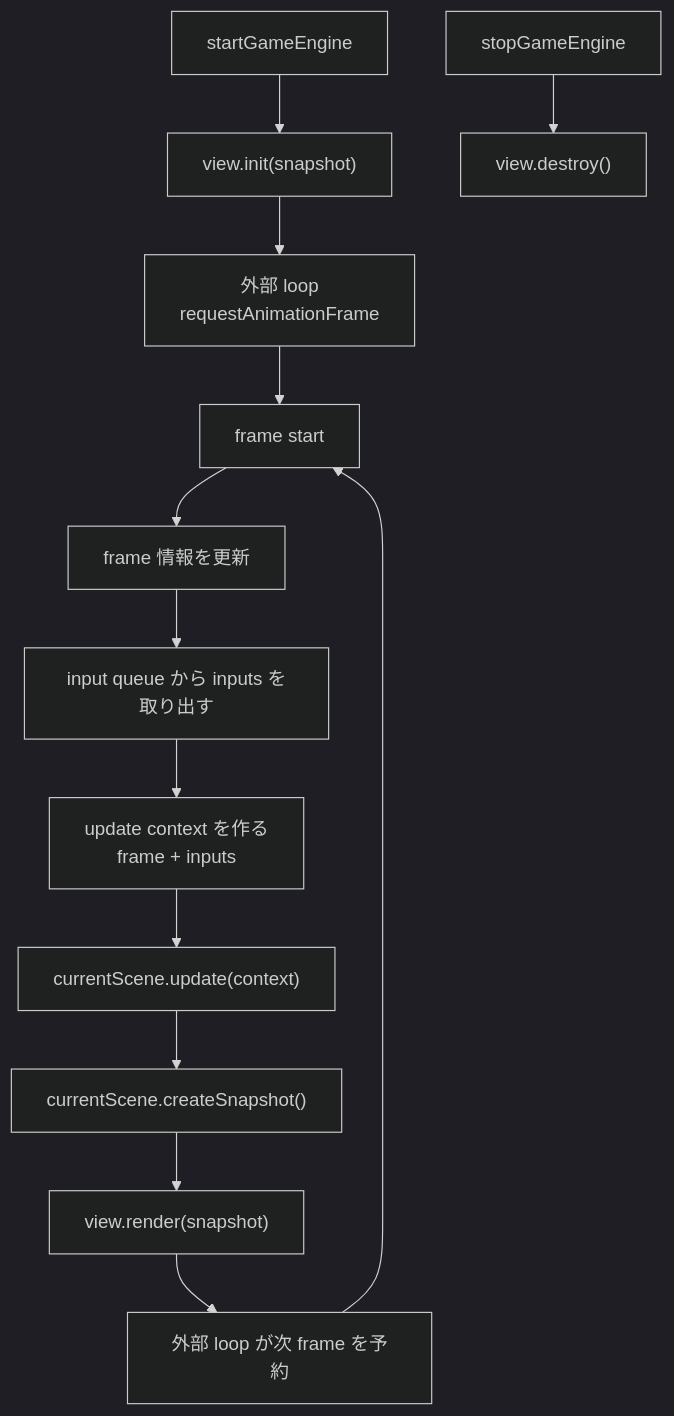
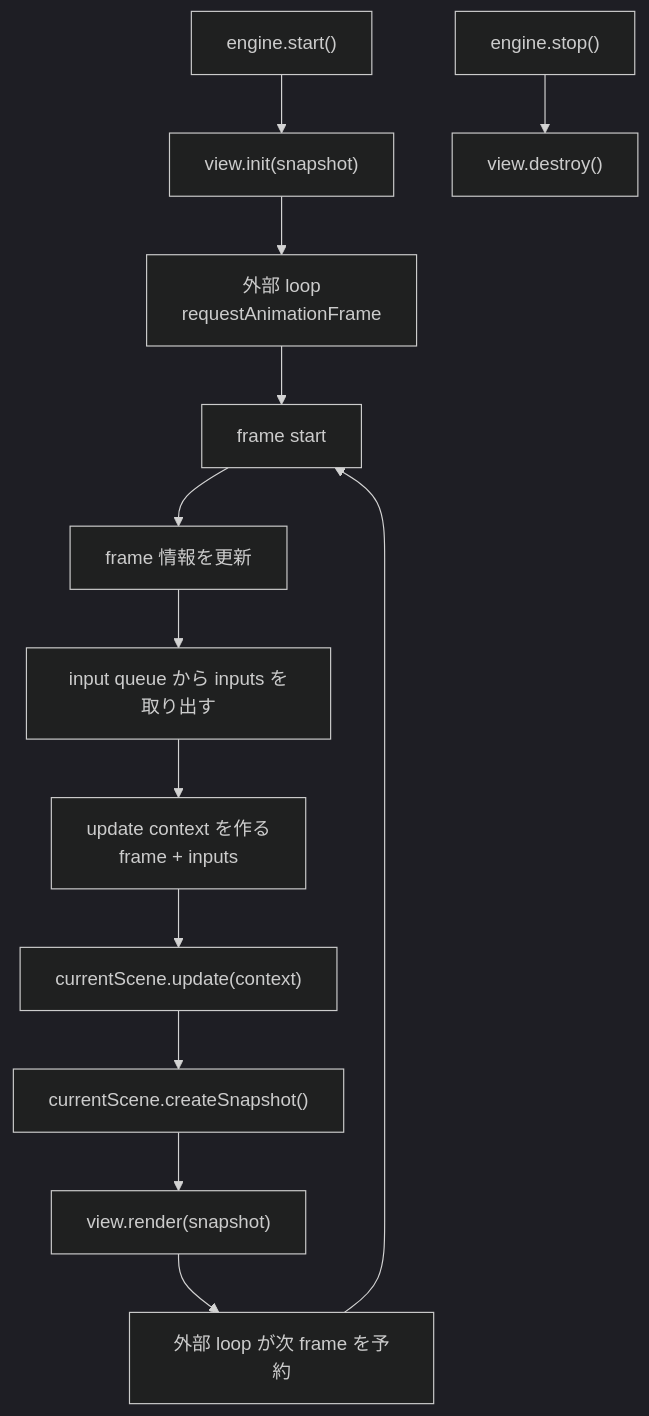
One commit to hachimitu22/negima-festival changed the first of 2 diagrams in docs/エンジン.md. Above: the diagram before and after it, drawn with Mermaid (dark theme). The commit also changed other lines of this file and 3 other files, not shown here.

Commit message:
refactor: gameEngine, gameView をクラス化

````diff
--- a/docs/エンジン.md
+++ b/docs/エンジン.md
@@ -80,23 +84,23 @@
 ```mermaid
 flowchart TD
-  Start["startGameEngine"]
+  Start["engine.start()"]
   InitView["view.init(snapshot)"]
   RequestFrame["外部 loop<br/>requestAnimationFrame"]
 
   FrameStart["frame start"]
   UpdateFrame["frame 情報を更新"]
   DrainInput["input queue から inputs を取り出す"]
   CreateContext["update context を作る<br/>frame + inputs"]
   UpdateScene["currentScene.update(context)"]
   CreateSnapshot["currentScene.createSnapshot()"]
   RenderView["view.render(snapshot)"]
   NextFrame["外部 loop が次 frame を予約"]
 
-  Stop["stopGameEngine"]
+  Stop["engine.stop()"]
   DestroyView["view.destroy()"]
 
   Start --> InitView --> RequestFrame --> FrameStart
   FrameStart --> UpdateFrame --> DrainInput --> CreateContext --> UpdateScene --> CreateSnapshot --> RenderView --> NextFrame --> FrameStart
 
   Stop --> DestroyView
 ```
````
